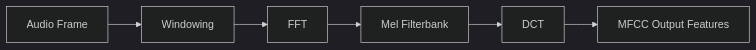
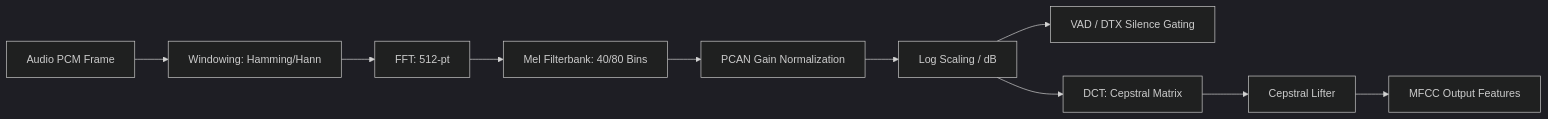
Before and after one commit to thesofproject/sof: the diagram in src/audio/mfcc/README.md, drawn with Mermaid (dark theme). The commit also changed other lines of this file and 1 other file, not shown here.

First line of the commit message:
docs: mfcc: pcan: add build instructions, dependencies, and architecture documentation

````diff
--- a/src/audio/mfcc/README.md
+++ b/src/audio/mfcc/README.md
@@ -11,8 +17,12 @@
 ```mermaid
 graph LR
-  In[Audio Frame] --> Win[Windowing]
-  Win --> FFT[FFT]
-  FFT --> Mel[Mel Filterbank]
-  Mel --> DCT[DCT]
-  DCT --> Out[MFCC Output Features]
+  In[Audio PCM Frame] --> Win[Windowing: Hamming/Hann]
+  Win --> FFT[FFT: 512-pt]
+  FFT --> Mel[Mel Filterbank: 40/80 Bins]
+  Mel --> PCAN[PCAN Gain Normalization]
+  PCAN --> Log[Log Scaling / dB]
+  Log --> VAD[VAD / DTX Silence Gating]
+  Log --> DCT[DCT: Cepstral Matrix]
+  DCT --> Lifter[Cepstral Lifter]
+  Lifter --> Out[MFCC Output Features]
 ```
````
